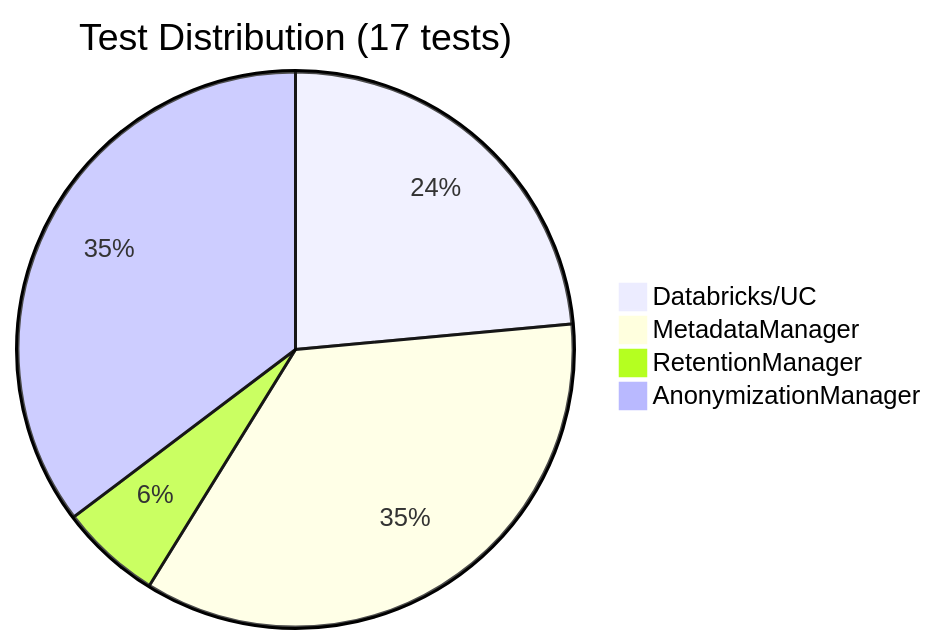
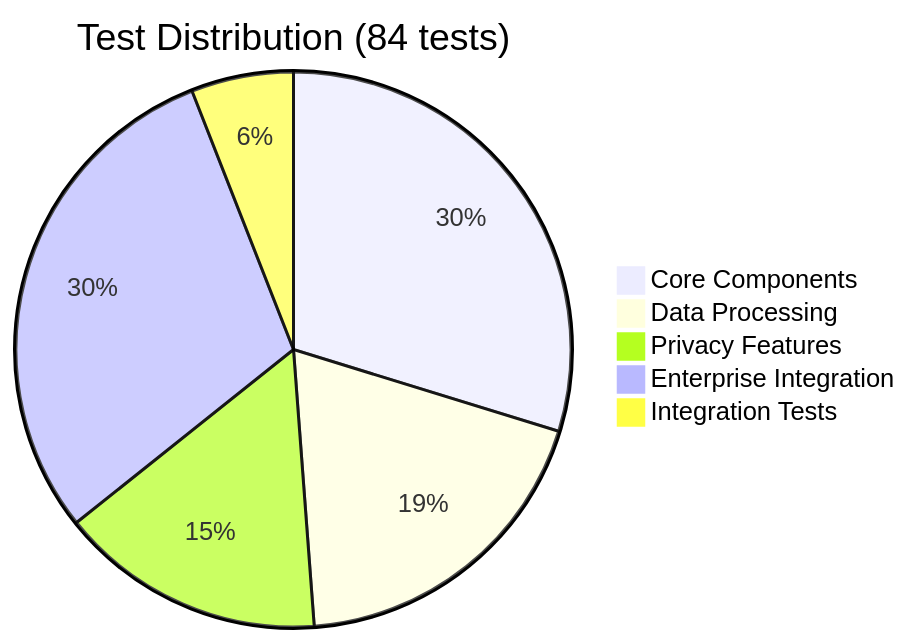
One commit to gustcol/spark-anon changed diagram 14 of 17 in README.md. Above: the diagram before and after it, drawn with Mermaid. The commit also changed other lines of this file and 3 other files, not shown here.

````diff
--- a/README.md
+++ b/README.md
@@ -967,7 +1737,8 @@
 ```mermaid
-pie title Test Distribution (17 tests)
-    "Databricks/UC" : 4
-    "MetadataManager" : 6
-    "RetentionManager" : 1
-    "AnonymizationManager" : 6
+pie title Test Distribution (84 tests)
+    "Core Components" : 25
+    "Data Processing" : 16
+    "Privacy Features" : 13
+    "Enterprise Integration" : 25
+    "Integration Tests" : 5
 ```
````
